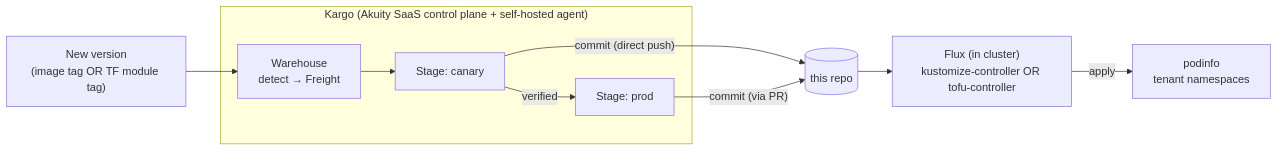
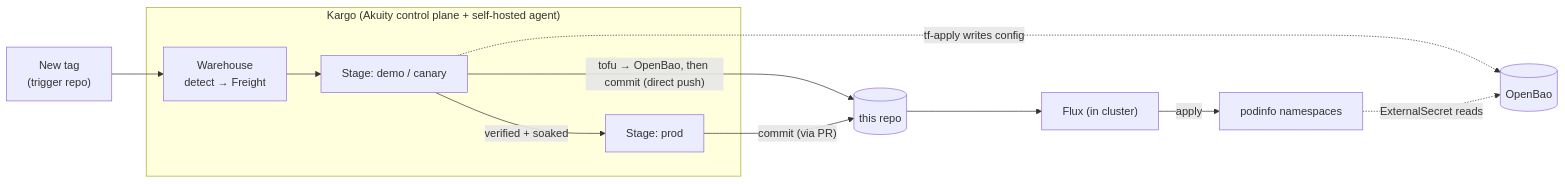
One commit to himeshpanc/gitops-tenants changed the diagram in README.md. Above: the diagram before and after it, drawn with Mermaid. The commit also changed other lines of this file, not shown here.

````diff
--- a/README.md
+++ b/README.md
@@ -31,17 +40,18 @@
 ```mermaid
 flowchart LR
-    SRC["New version<br/>(image tag OR TF module tag)"] --> WH
-
-    subgraph KARGO["Kargo (Akuity SaaS control plane + self-hosted agent)"]
+    SRC["New tag<br/>(trigger repo)"] --> WH
+    subgraph KARGO["Kargo (Akuity control plane + self-hosted agent)"]
         WH["Warehouse<br/>detect → Freight"]
-        CAN["Stage: canary"]
+        CAN["Stage: demo / canary"]
         PROD["Stage: prod"]
         WH --> CAN
-        CAN -->|"verified"| PROD
+        CAN -->|"verified + soaked"| PROD
     end
-
-    CAN -->|"commit (direct push)"| REPO[("this repo")]
+    CAN -->|"tofu → OpenBao, then commit (direct push)"| REPO[("this repo")]
     PROD -->|"commit (via PR)"| REPO
-    REPO --> FLUX["Flux (in cluster)<br/>kustomize-controller OR tofu-controller"]
-    FLUX -->|"apply"| NS["podinfo<br/>tenant namespaces"]
+    REPO --> FLUX["Flux (in cluster)"]
+    FLUX -->|"apply"| NS["podinfo namespaces"]
+    OB[("OpenBao")]
+    CAN -.->|"tf-apply writes config"| OB
+    NS -.->|"ExternalSecret reads"| OB
 ```
````
